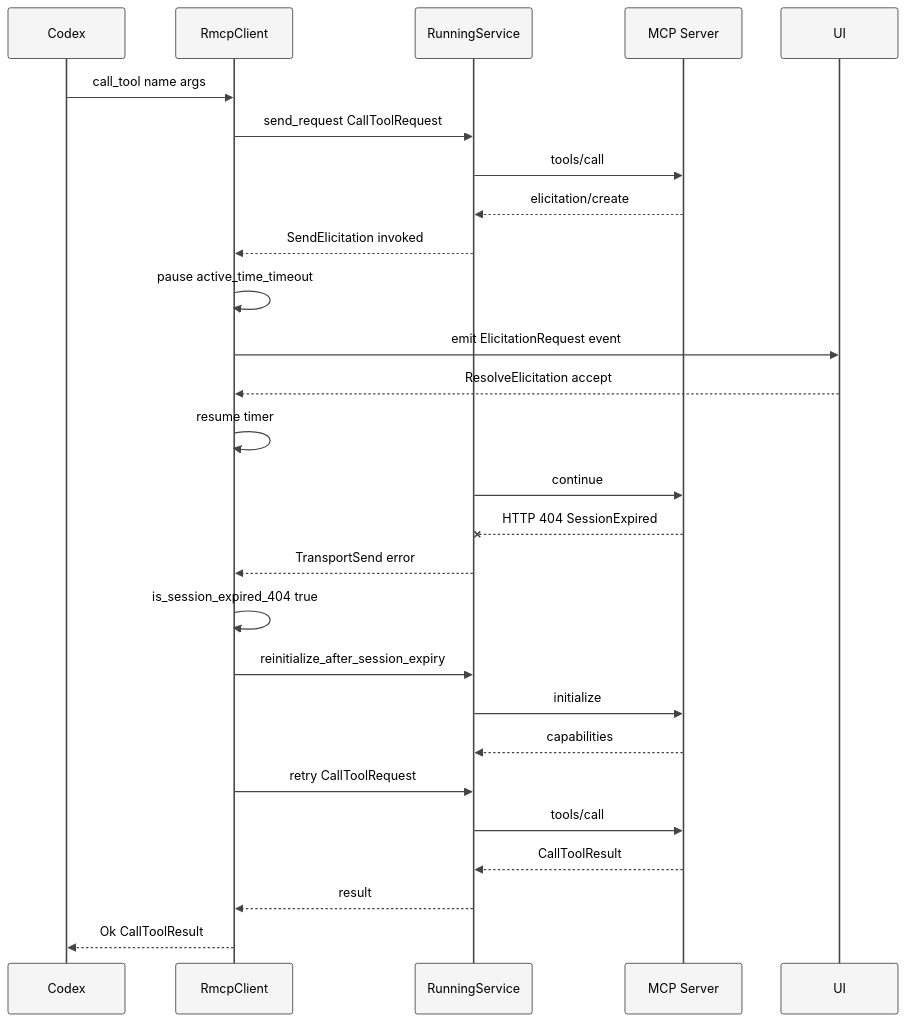
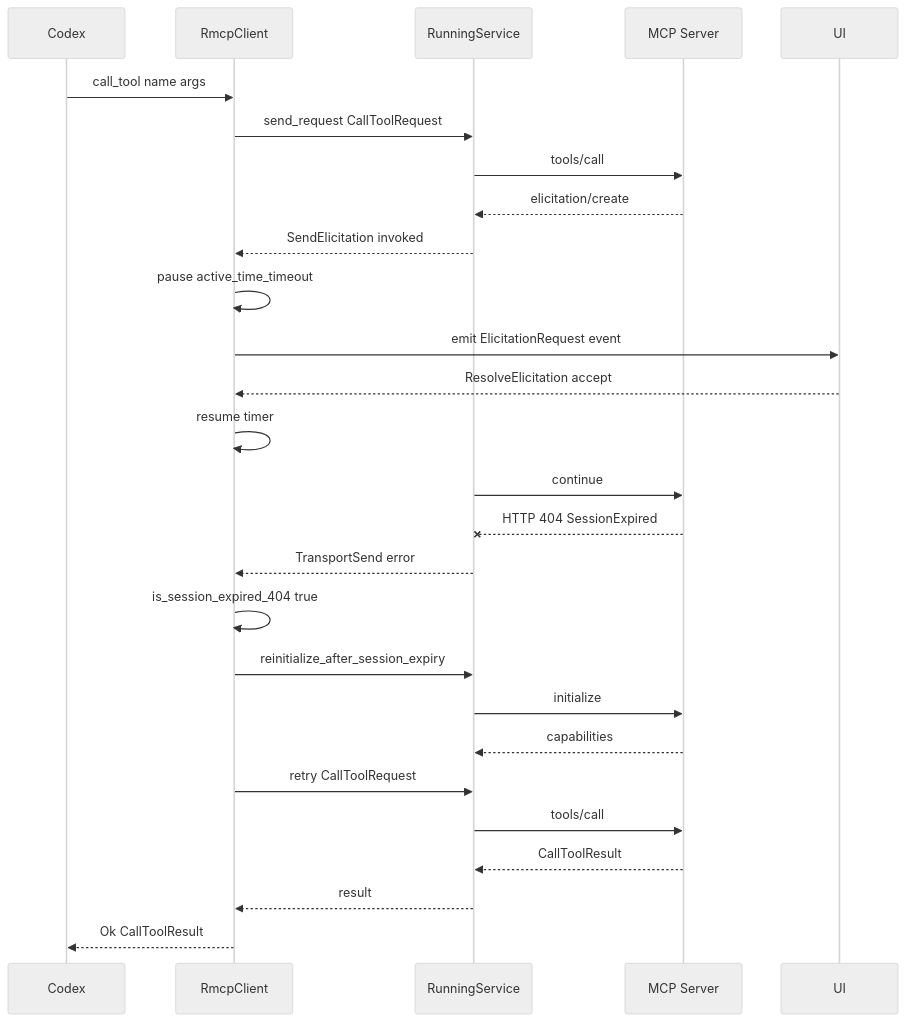
The fifth of 5 diagrams in Part II Source Analysis/18-MCP双向集成.md (GLBB/codex-source-analysis), drawn with Mermaid before and after one commit. The commit also changed other lines of this file and 29 other files, not shown here.

````diff
--- a/Part II Source Analysis/18-MCP双向集成.md
+++ b/Part II Source Analysis/18-MCP双向集成.md
@@ -385,31 +385,31 @@
 ```mermaid
-%%{init: {"theme": "base", "themeCSS": "svg { background: #ffffff !important; } .label, .messageText, .loopText, .noteText, text { color: #000000 !important; fill: #000000 !important; }", "themeVariables": {"background": "#ffffff", "mainBkg": "#ffffff", "primaryColor": "#f5f5f5", "primaryTextColor": "#000000", "primaryBorderColor": "#333333", "lineColor": "#444444", "textColor": "#000000", "actorBkg": "#f5f5f5", "actorBorder": "#333333", "actorTextColor": "#000000", "actorLineColor": "#444444", "activationBkg": "#e8e8e8", "activationBorderColor": "#333333", "noteBkgColor": "#f0f0f0", "noteBorderColor": "#888888", "noteTextColor": "#000000", "signalColor": "#444444", "signalTextColor": "#000000", "fontFamily": "Helvetica"}}}%%
+%%{init:{'theme':'neutral','themeVariables':{'background':'#ffffff'}}}%%
 sequenceDiagram
     participant Codex
     participant RmcpClient
     participant Service as RunningService
     participant Server as MCP Server
     participant UI
 
     Codex->>RmcpClient: call_tool name args
     RmcpClient->>Service: send_request CallToolRequest
     Service->>Server: tools/call
     Server-->>Service: elicitation/create
     Service-->>RmcpClient: SendElicitation invoked
     RmcpClient->>RmcpClient: pause active_time_timeout
     RmcpClient->>UI: emit ElicitationRequest event
     UI-->>RmcpClient: ResolveElicitation accept
     RmcpClient->>RmcpClient: resume timer
     Service->>Server: continue
     Server--xService: HTTP 404 SessionExpired
     Service-->>RmcpClient: TransportSend error
     RmcpClient->>RmcpClient: is_session_expired_404 true
     RmcpClient->>Service: reinitialize_after_session_expiry
     Service->>Server: initialize
     Server-->>Service: capabilities
     RmcpClient->>Service: retry CallToolRequest
     Service->>Server: tools/call
     Server-->>Service: CallToolResult
     Service-->>RmcpClient: result
     RmcpClient-->>Codex: Ok CallToolResult
 ```
````
